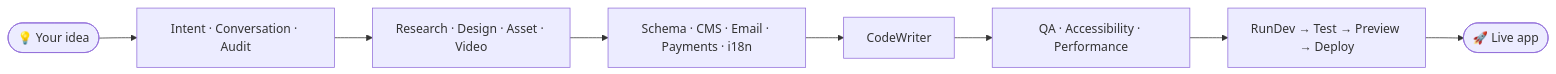
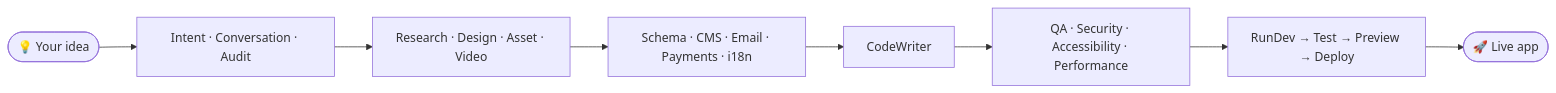
The diagram in README.md (grtsnx/agentic), drawn with Mermaid before and after one commit. The commit also changed other lines of this file and 8 other files, not shown here.

````diff
--- a/README.md
+++ b/README.md
@@ -51,10 +51,10 @@
 ```mermaid
 flowchart LR
     A([💡 Your idea]) --> B[Intent · Conversation · Audit]
     B --> C[Research · Design · Asset · Video]
     C --> D[Schema · CMS · Email · Payments · i18n]
     D --> E[CodeWriter]
-    E --> F[QA · Accessibility · Performance]
+    E --> F[QA · Security · Accessibility · Performance]
     F --> G[RunDev → Test → Preview → Deploy]
     G --> H([🚀 Live app])
 ```
````
